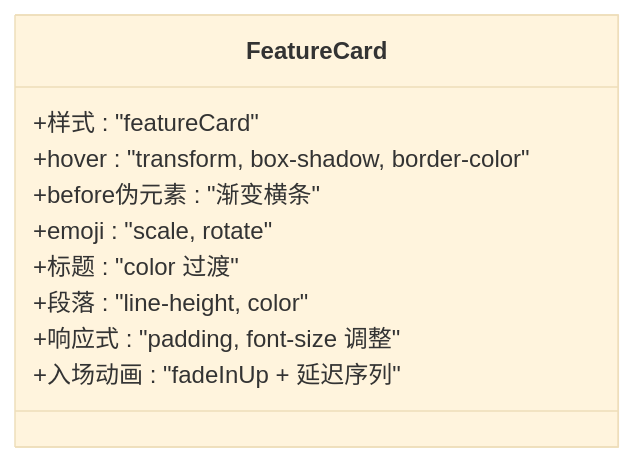
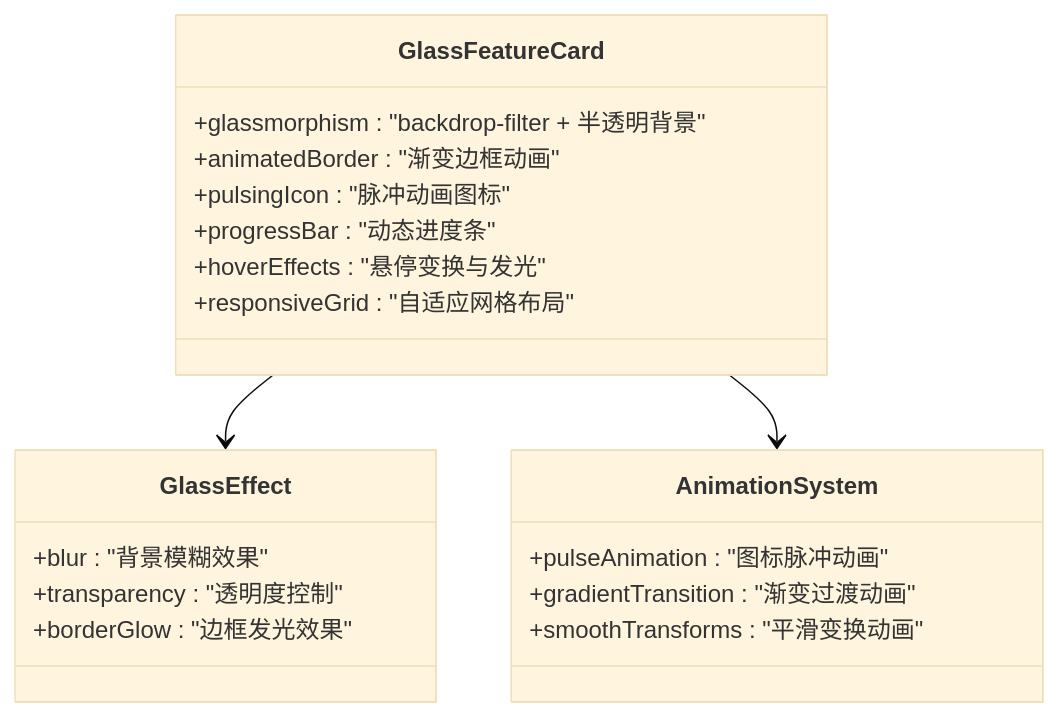
One commit to UnicornXU/knowledge-base changed the third of 6 diagrams in .qoder/repowiki/zh/content/组件系统设计.md. Above: the diagram before and after it, drawn with Mermaid (base theme). The commit also changed other lines of this file and 35 other files, not shown here.

````diff
--- a/.qoder/repowiki/zh/content/组件系统设计.md
+++ b/.qoder/repowiki/zh/content/组件系统设计.md
@@ -123,13 +133,23 @@
 ```mermaid
 classDiagram
-class FeatureCard {
-+样式 : "featureCard"
-+hover : "transform, box-shadow, border-color"
-+before伪元素 : "渐变横条"
-+emoji : "scale, rotate"
-+标题 : "color 过渡"
-+段落 : "line-height, color"
-+响应式 : "padding, font-size 调整"
-+入场动画 : "fadeInUp + 延迟序列"
+class GlassFeatureCard {
++glassmorphism : "backdrop-filter + 半透明背景"
++animatedBorder : "渐变边框动画"
++pulsingIcon : "脉冲动画图标"
++progressBar : "动态进度条"
++hoverEffects : "悬停变换与发光"
++responsiveGrid : "自适应网格布局"
 }
+class GlassEffect {
++blur : "背景模糊效果"
++transparency : "透明度控制"
++borderGlow : "边框发光效果"
+}
+class AnimationSystem {
++pulseAnimation : "图标脉冲动画"
++gradientTransition : "渐变过渡动画"
++smoothTransforms : "平滑变换动画"
+}
+GlassFeatureCard --> GlassEffect
+GlassFeatureCard --> AnimationSystem
 ```
````
